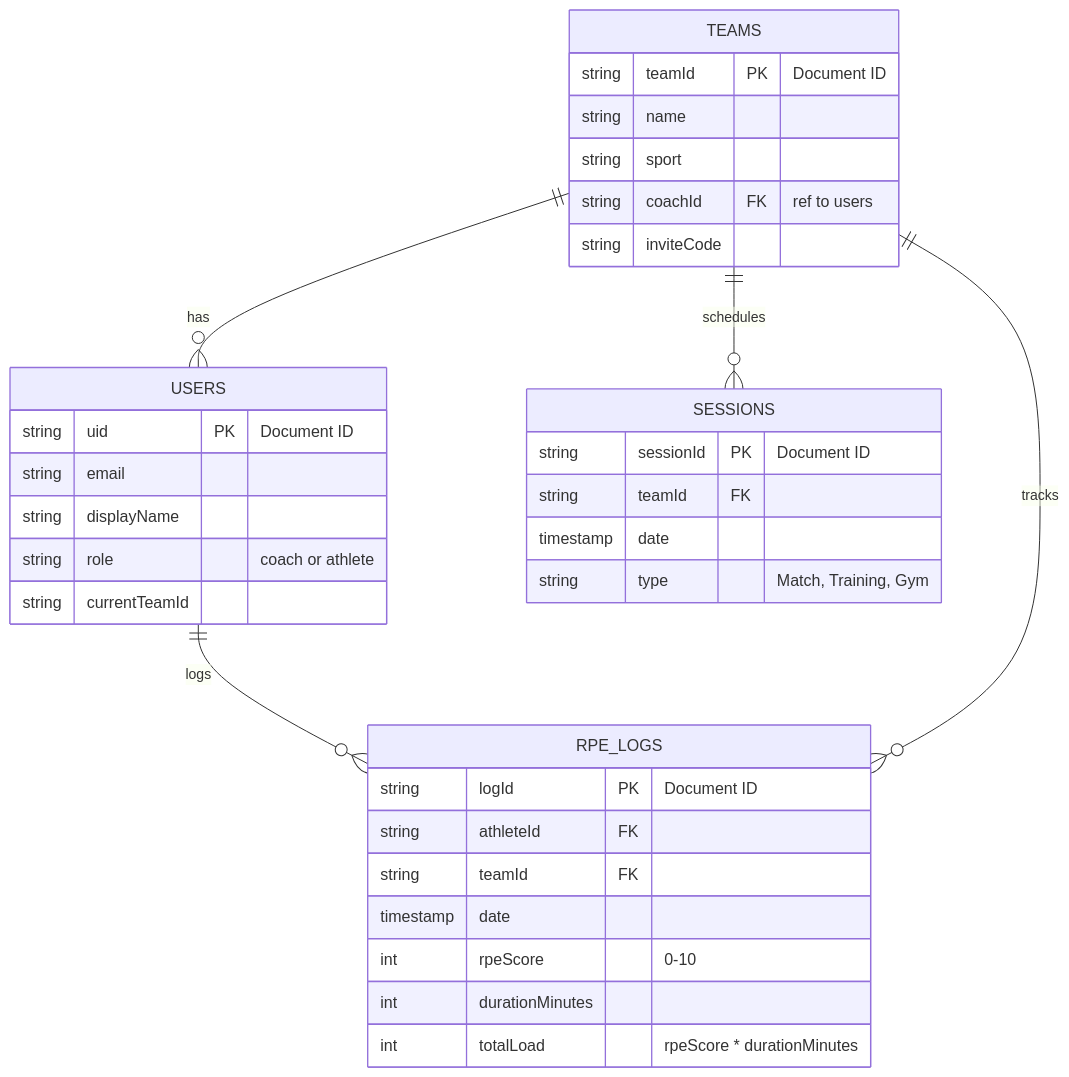
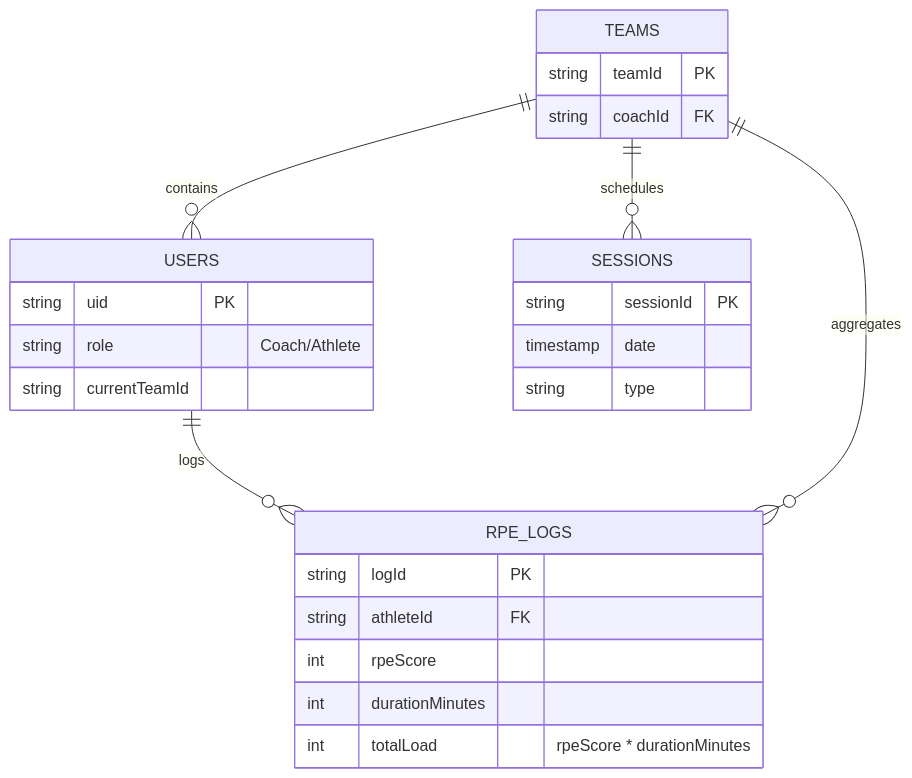
The second of 2 diagrams in README.md (brunoramirez/rpe-showcase), drawn with Mermaid before and after one commit. The commit also changed other lines of this file, not shown here.

````diff
--- a/README.md
+++ b/README.md
@@ -106,37 +70,29 @@
 ```mermaid
 erDiagram
+    USERS ||--o{ RPE_LOGS : "logs"
+    TEAMS ||--o{ USERS : "contains"
+    TEAMS ||--o{ SESSIONS : "schedules"
+    TEAMS ||--o{ RPE_LOGS : "aggregates"
+
     USERS {
-        string uid PK "Document ID"
-        string email
-        string displayName
-        string role "coach or athlete"
+        string uid PK
+        string role "Coach/Athlete"
         string currentTeamId
     }
     TEAMS {
-        string teamId PK "Document ID"
-        string name
-        string sport
-        string coachId FK "ref to users"
-        string inviteCode
+        string teamId PK
+        string coachId FK
     }
     SESSIONS {
-        string sessionId PK "Document ID"
-        string teamId FK
+        string sessionId PK
         timestamp date
-        string type "Match, Training, Gym"
+        string type
     }
     RPE_LOGS {
-        string logId PK "Document ID"
+        string logId PK
         string athleteId FK
-        string teamId FK
-        timestamp date
-        int rpeScore "0-10"
+        int rpeScore
         int durationMinutes
         int totalLoad "rpeScore * durationMinutes"
     }
-    
-    USERS ||--o{ RPE_LOGS : logs
-    TEAMS ||--o{ USERS : has
-    TEAMS ||--o{ SESSIONS : schedules
-    TEAMS ||--o{ RPE_LOGS : tracks
 ```
````
